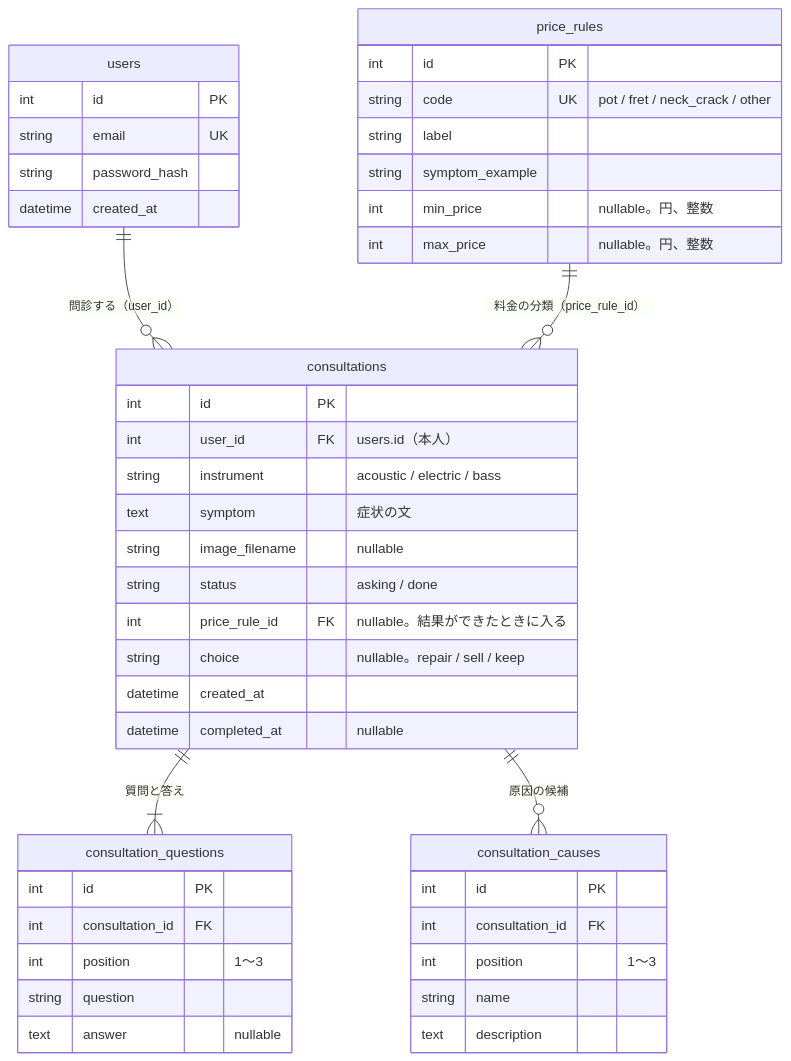
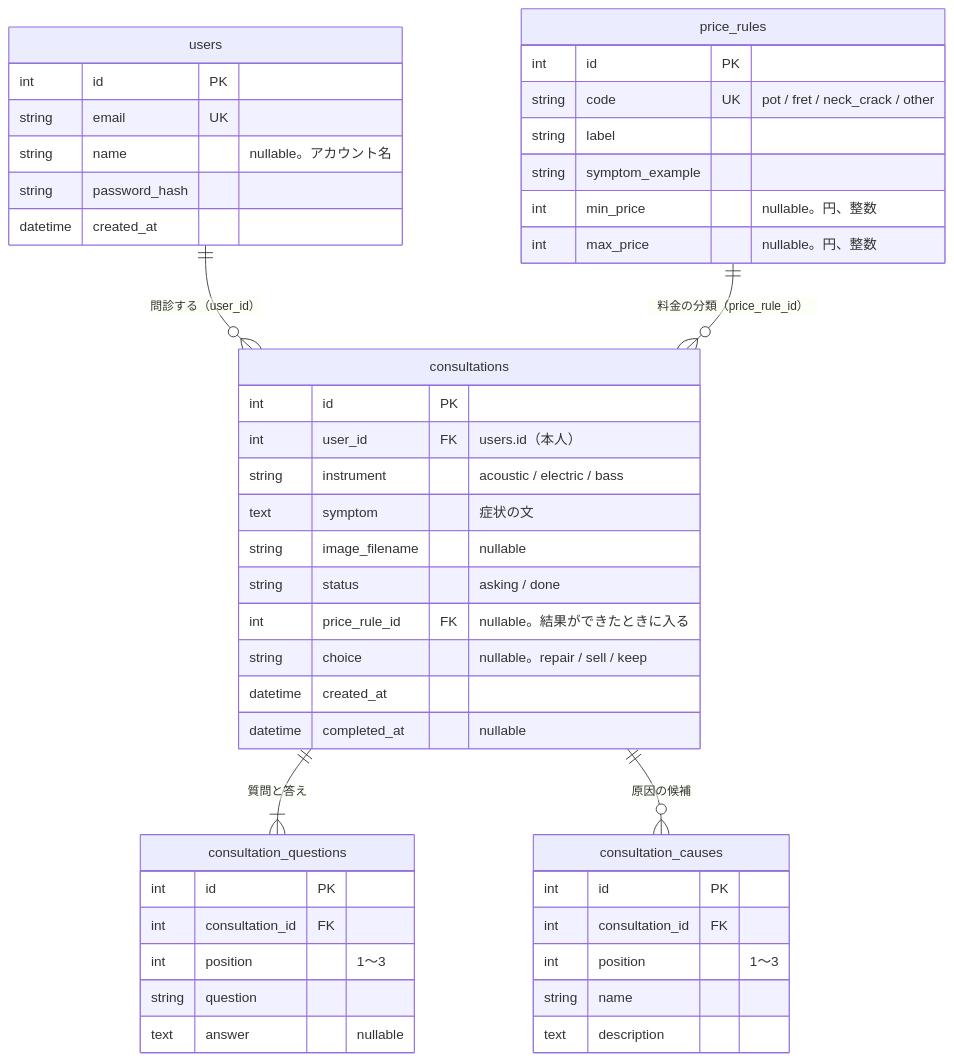
One commit to AI-keiriman/monshin-app changed the diagram in docs/design/database.md. Above: the diagram before and after it, drawn with Mermaid. The commit also changed other lines of this file and 8 other files, not shown here.

````diff
--- a/docs/design/database.md
+++ b/docs/design/database.md
@@ -9,48 +9,49 @@
 ```mermaid
 erDiagram
     users ||--o{ consultations : "問診する（user_id）"
     consultations ||--|{ consultation_questions : "質問と答え"
     consultations ||--o{ consultation_causes : "原因の候補"
     price_rules ||--o{ consultations : "料金の分類（price_rule_id）"
 
     users {
         int id PK
         string email UK
+        string name "nullable。アカウント名"
         string password_hash
         datetime created_at
     }
     consultations {
         int id PK
         int user_id FK "users.id（本人）"
         string instrument "acoustic / electric / bass"
         text symptom "症状の文"
         string image_filename "nullable"
         string status "asking / done"
         int price_rule_id FK "nullable。結果ができたときに入る"
         string choice "nullable。repair / sell / keep"
         datetime created_at
         datetime completed_at "nullable"
     }
     consultation_questions {
         int id PK
         int consultation_id FK
         int position "1〜3"
         string question
         text answer "nullable"
     }
     consultation_causes {
         int id PK
         int consultation_id FK
         int position "1〜3"
         string name
         text description
     }
     price_rules {
         int id PK
         string code UK "pot / fret / neck_crack / other"
         string label
         string symptom_example
         int min_price "nullable。円、整数"
         int max_price "nullable。円、整数"
     }
 ```
````
